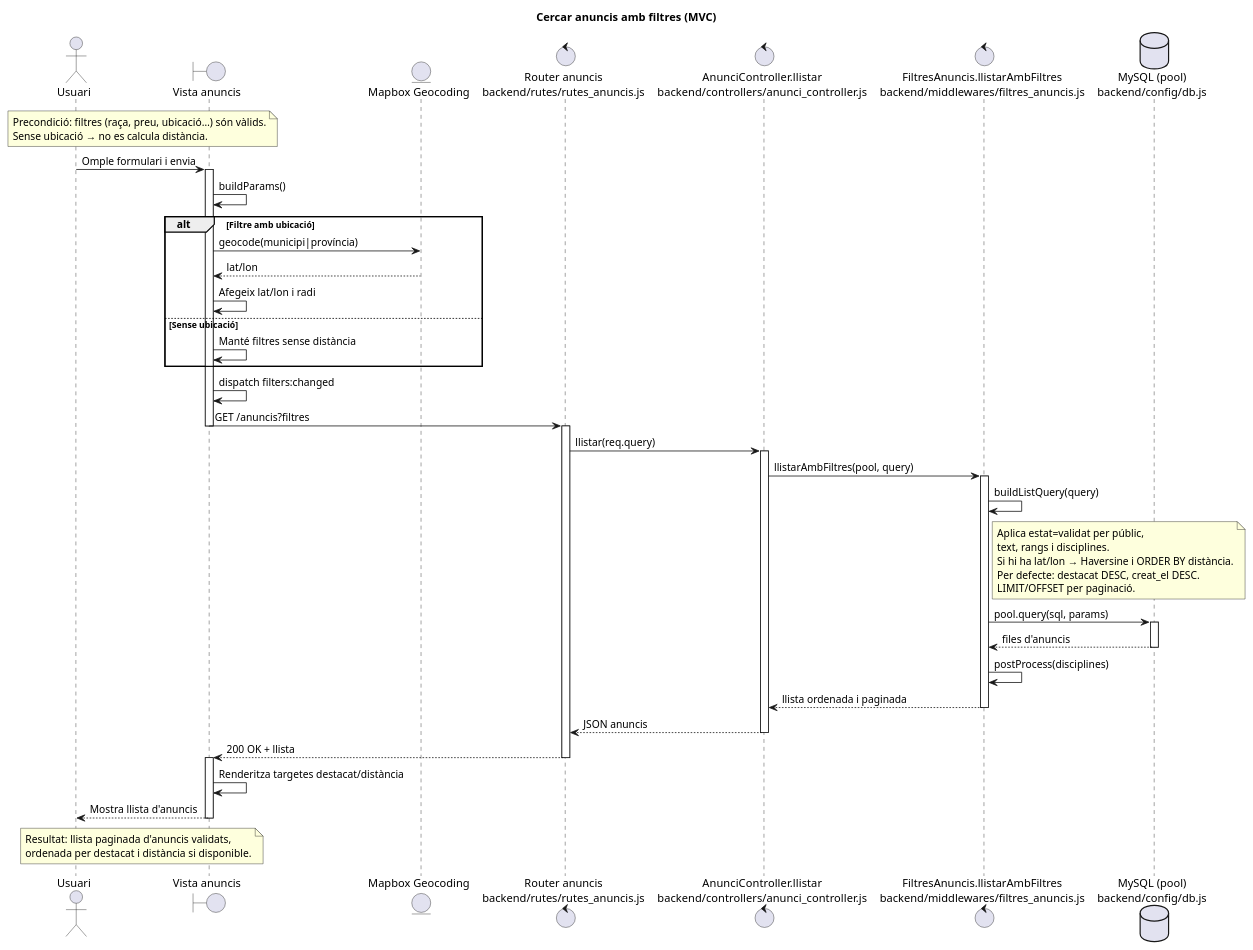
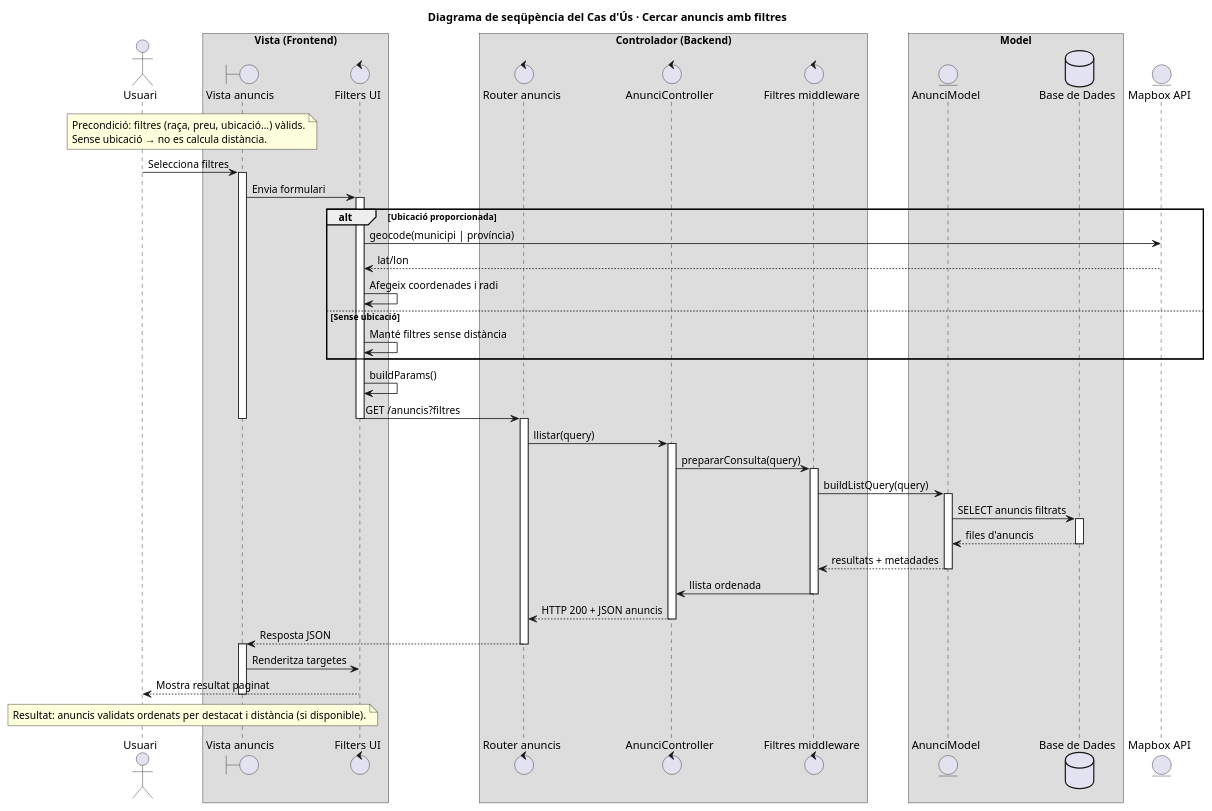
Before and after one commit to Cesconcins/tfg: the diagram in CercaAnuncis.puml, drawn with PlantUML. The commit also changed 16 other files, not shown here.

```diff
--- a/CercaAnuncis.puml
+++ b/CercaAnuncis.puml
@@ -1,65 +1,76 @@
 @startuml
-title Cercar anuncis amb filtres (MVC)
+title Diagrama de seqüpència del Cas d'Ús · Cercar anuncis amb filtres
 
 actor Usuari
-boundary "Vista anuncis" as Vista
-entity "Mapbox Geocoding" as Mapbox
-control "Router anuncis\nbackend/rutes/rutes_anuncis.js" as Router
-control "AnunciController.llistar\nbackend/controllers/anunci_controller.js" as Controller
-control "FiltresAnuncis.llistarAmbFiltres\nbackend/middlewares/filtres_anuncis.js" as Filtres
-database "MySQL (pool)\nbackend/config/db.js" as DB
+
+box "Vista (Frontend)"
+  boundary "Vista anuncis" as Vista
+  control "Filters UI" as FiltersUI
+end box
+
+box "Controlador (Backend)"
+  control "Router anuncis" as Router
+  control "AnunciController" as Controller
+  control "Filtres middleware" as Filtres
+end box
+
+box "Model"
+  entity "AnunciModel" as Model
+  database "Base de Dades" as DB
+end box
+
+entity "Mapbox API" as Mapbox
 
 note over Usuari,Vista
-Precondició: filtres (raça, preu, ubicació…) són vàlids.
+Precondició: filtres (raça, preu, ubicació…) vàlids.
 Sense ubicació → no es calcula distància.
 end note
 
-Usuari -> Vista : Omple formulari i envia
+Usuari -> Vista : Selecciona filtres
 activate Vista
-Vista -> Vista : buildParams()
-alt Filtre amb ubicació
-  Vista -> Mapbox : geocode(municipi|província)
-  Mapbox --> Vista : lat/lon
-  Vista -> Vista : Afegeix lat/lon i radi
+Vista -> FiltersUI : Envia formulari
+activate FiltersUI
+
+alt Ubicació proporcionada
+  FiltersUI -> Mapbox : geocode(municipi | província)
+  Mapbox --> FiltersUI : lat/lon
+  FiltersUI -> FiltersUI : Afegeix coordenades i radi
 else Sense ubicació
-  Vista -> Vista : Manté filtres sense distància
+  FiltersUI -> FiltersUI : Manté filtres sense distància
 end
-Vista -> Vista : dispatch filters:changed
-Vista -> Router : GET /anuncis?filtres
+
+FiltersUI -> FiltersUI : buildParams()
+FiltersUI -> Router : GET /anuncis?filtres
+deactivate FiltersUI
 deactivate Vista
 
 activate Router
-Router -> Controller : llistar(req.query)
+Router -> Controller : llistar(query)
 activate Controller
-Controller -> Filtres : llistarAmbFiltres(pool, query)
+Controller -> Filtres : prepararConsulta(query)
 activate Filtres
-Filtres -> Filtres : buildListQuery(query)
-note right of Filtres
-Aplica estat=validat per públic,
-text, rangs i disciplines.
-Si hi ha lat/lon → Haversine i ORDER BY distància.
-Per defecte: destacat DESC, creat_el DESC.
-LIMIT/OFFSET per paginació.
-end note
-Filtres -> DB : pool.query(sql, params)
+Filtres -> Model : buildListQuery(query)
+activate Model
+Model -> DB : SELECT anuncis filtrats
 activate DB
-DB --> Filtres : files d'anuncis
+DB --> Model : files d'anuncis
 deactivate DB
-Filtres -> Filtres : postProcess(disciplines)
-Filtres --> Controller : llista ordenada i paginada
+Model --> Filtres : resultats + metadades
+deactivate Model
+
+Filtres -> Controller : llista ordenada
 deactivate Filtres
-Controller --> Router : JSON anuncis
+Controller --> Router : HTTP 200 + JSON anuncis
 deactivate Controller
-Router --> Vista : 200 OK + llista
-deactivate Router 
+Router --> Vista : Resposta JSON
+deactivate Router
 
 activate Vista
-Vista -> Vista : Renderitza targetes destacat/distància
-Vista --> Usuari : Mostra llista d'anuncis
+Vista -> FiltersUI : Renderitza targetes
+FiltersUI --> Usuari : Mostra resultat paginat
 deactivate Vista
 
 note over Vista,Usuari
-Resultat: llista paginada d'anuncis validats,
-ordenada per destacat i distància si disponible.
+Resultat: anuncis validats ordenats per destacat i distància (si disponible).
 end note
 @enduml
```
